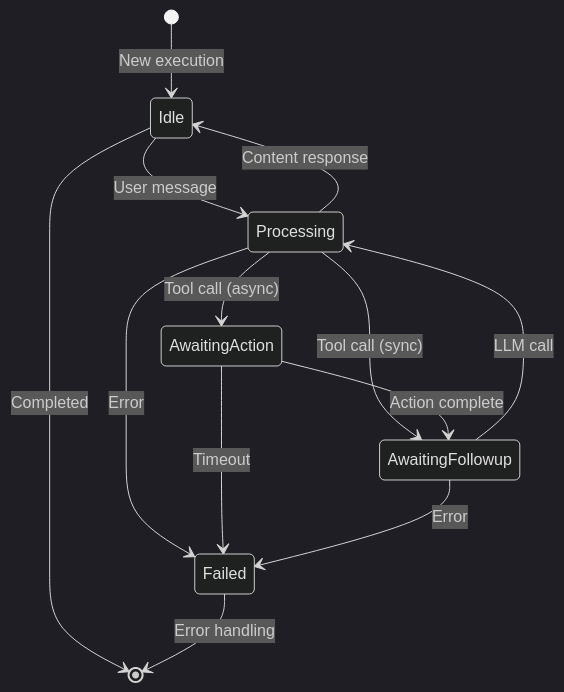
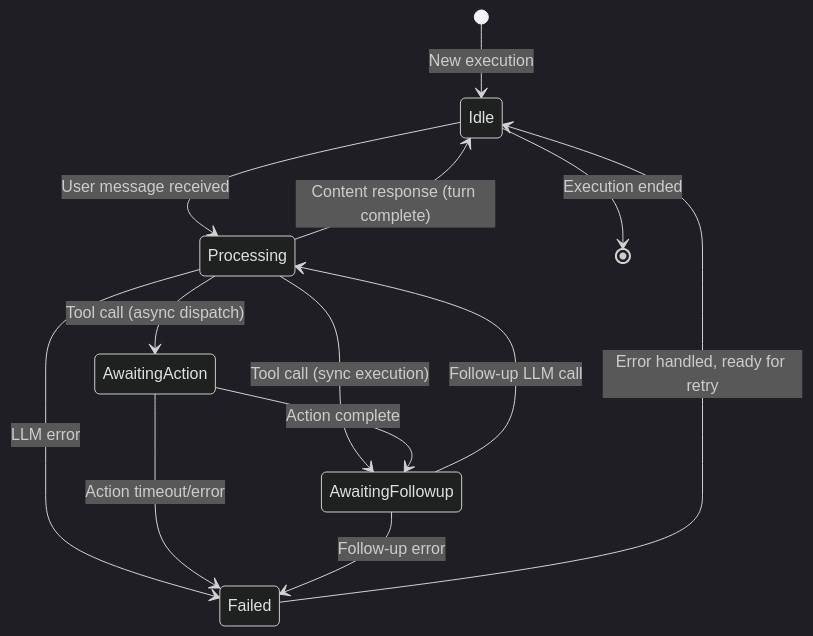
One commit to iamsonal/aiAgentStudio changed the second of 2 diagrams in README.md. Above: the diagram before and after it, drawn with Mermaid (dark theme). The commit also changed other lines of this file and 14 other files, not shown here.

````diff
--- a/README.md
+++ b/README.md
@@ -291,15 +393,15 @@
 ```mermaid
 stateDiagram-v2
     [*] --> Idle: New execution
-    Idle --> Processing: User message
-    Processing --> AwaitingAction: Tool call (async)
-    Processing --> AwaitingFollowup: Tool call (sync)
+    Idle --> Processing: User message received
+    Processing --> AwaitingAction: Tool call (async dispatch)
+    Processing --> AwaitingFollowup: Tool call (sync execution)
     AwaitingAction --> AwaitingFollowup: Action complete
-    AwaitingFollowup --> Processing: LLM call
-    Processing --> Idle: Content response
-    Processing --> Failed: Error
-    AwaitingAction --> Failed: Timeout
-    AwaitingFollowup --> Failed: Error
-    Idle --> [*]: Completed
-    Failed --> [*]: Error handling
+    AwaitingFollowup --> Processing: Follow-up LLM call
+    Processing --> Idle: Content response (turn complete)
+    Processing --> Failed: LLM error
+    AwaitingAction --> Failed: Action timeout/error
+    AwaitingFollowup --> Failed: Follow-up error
+    Failed --> Idle: Error handled, ready for retry
+    Idle --> [*]: Execution ended
 ```
````
